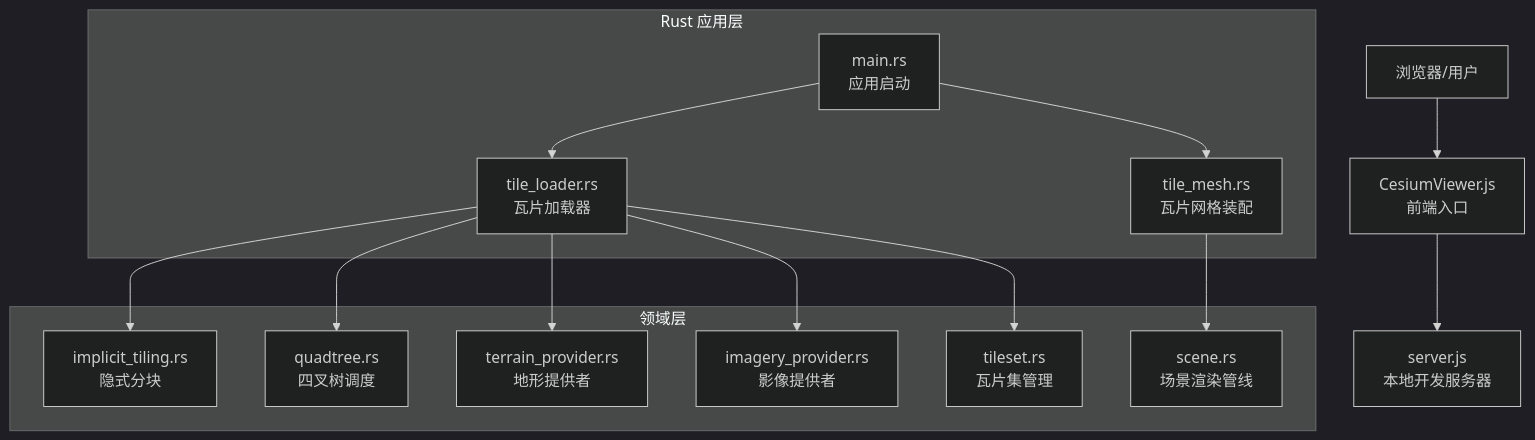
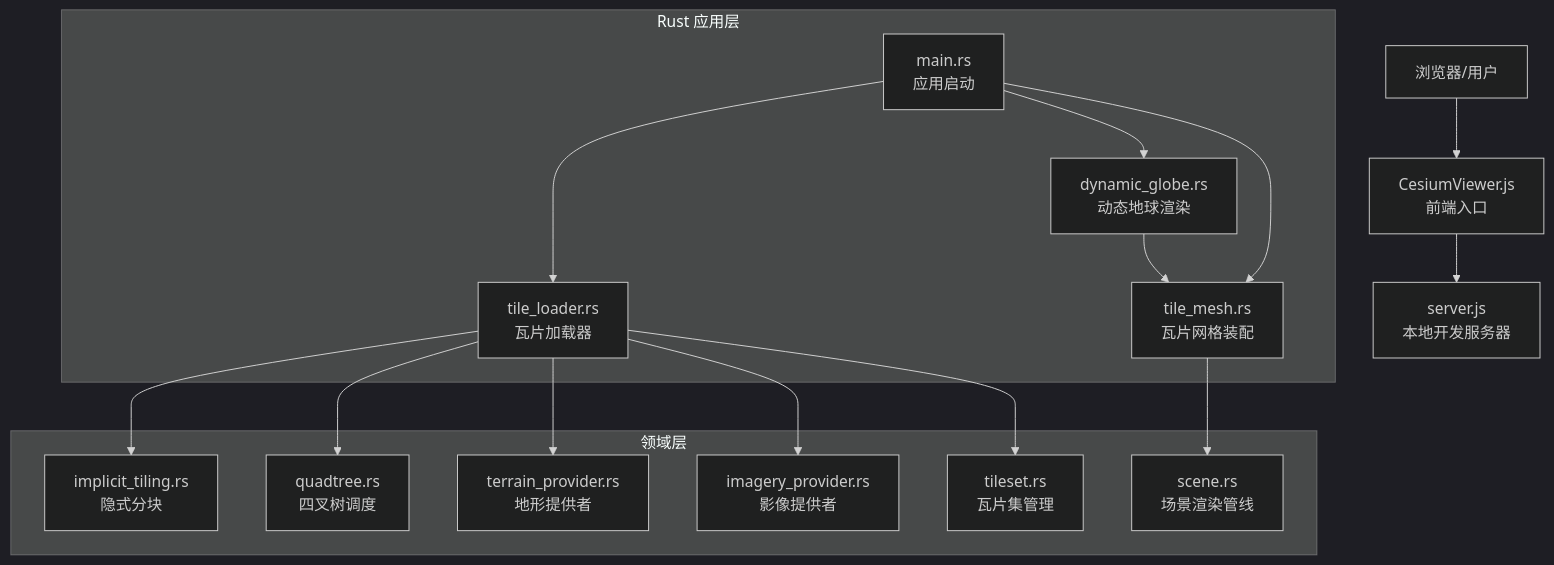
The first of 8 diagrams in .qoder/repowiki/zh/content/项目概述/核心特性/3D数据格式支持/3D Tiles标准支持/瓦片网格生成.md (rzhangjing/cesium), drawn with Mermaid (dark theme) before and after one commit. The commit also changed other lines of this file and 24 other files, not shown here.

````diff
--- a/.qoder/repowiki/zh/content/项目概述/核心特性/3D数据格式支持/3D Tiles标准支持/瓦片网格生成.md
+++ b/.qoder/repowiki/zh/content/项目概述/核心特性/3D数据格式支持/3D Tiles标准支持/瓦片网格生成.md
@@ -44,26 +54,29 @@
 ```mermaid
 graph TB
 A["浏览器/用户"] --> B["CesiumViewer.js<br/>前端入口"]
 B --> C["server.js<br/>本地开发服务器"]
 subgraph "Rust 应用层"
 D["main.rs<br/>应用启动"]
 E["tile_loader.rs<br/>瓦片加载器"]
 F["tile_mesh.rs<br/>瓦片网格装配"]
+G["dynamic_globe.rs<br/>动态地球渲染"]
 end
 subgraph "领域层"
-G["implicit_tiling.rs<br/>隐式分块"]
-H["quadtree.rs<br/>四叉树调度"]
-I["terrain_provider.rs<br/>地形提供者"]
-J["imagery_provider.rs<br/>影像提供者"]
-K["tileset.rs<br/>瓦片集管理"]
-L["scene.rs<br/>场景渲染管线"]
+H["implicit_tiling.rs<br/>隐式分块"]
+I["quadtree.rs<br/>四叉树调度"]
+J["terrain_provider.rs<br/>地形提供者"]
+K["imagery_provider.rs<br/>影像提供者"]
+L["tileset.rs<br/>瓦片集管理"]
+M["scene.rs<br/>场景渲染管线"]
 end
-E --> G
 E --> H
 E --> I
 E --> J
 E --> K
-F --> L
+E --> L
+F --> M
+G --> F
 D --> E
 D --> F
+D --> G
 ```
````
